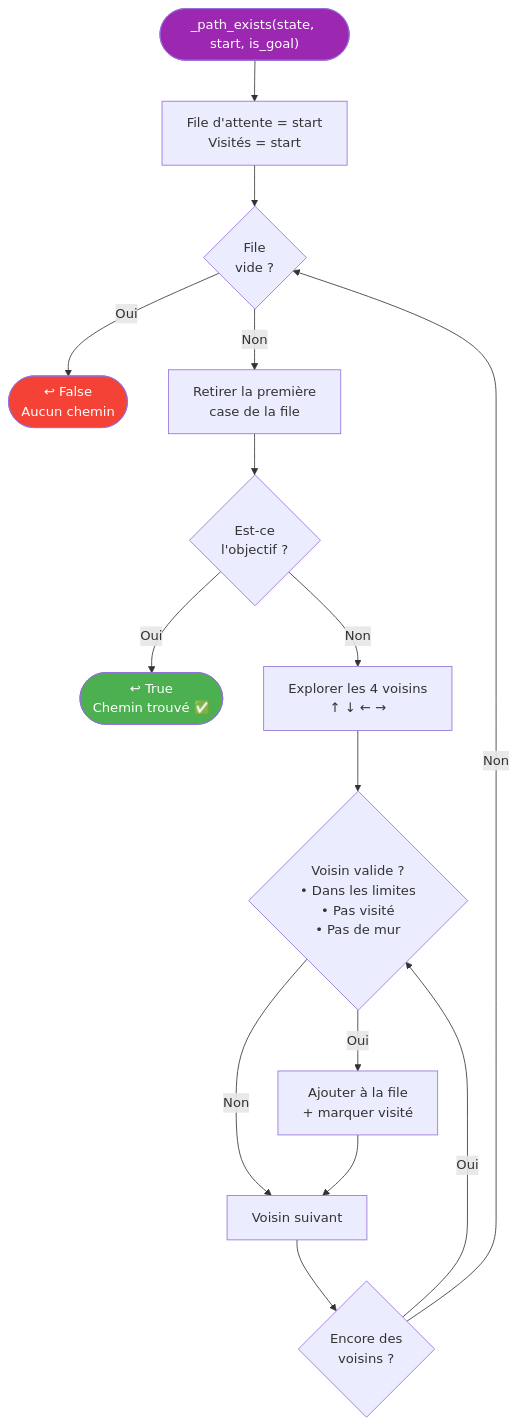
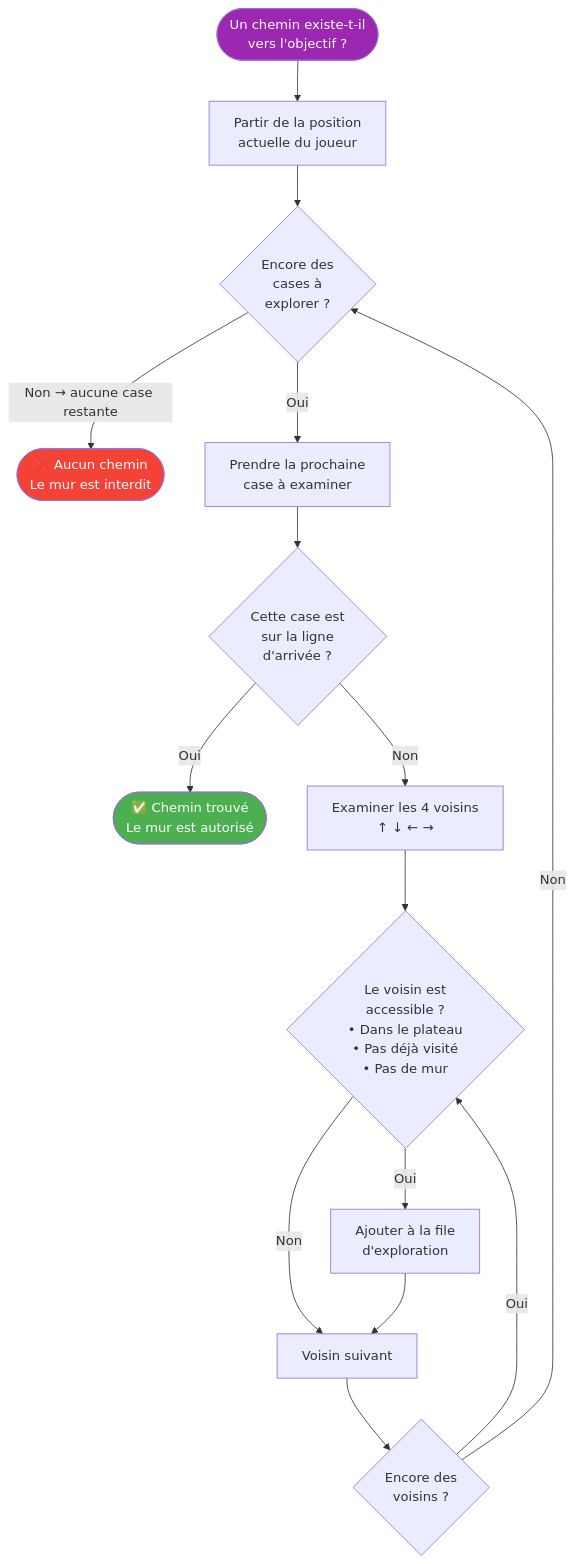
One commit to Silou1/Projet_mecatronique_I3 changed the fifth of 5 diagrams in flowcharts/03_logique_jeu.md. Above: the diagram before and after it, drawn with Mermaid. The commit also changed other lines of this file and 3 other files, not shown here.

Commit message:
docs: simplify flowcharts with plain-language descriptions

````diff
--- a/flowcharts/03_logique_jeu.md
+++ b/flowcharts/03_logique_jeu.md
@@ -141,24 +143,24 @@
 ```mermaid
 flowchart TD
-    BFS_START(["_path_exists(state, start, is_goal)"]) --> INIT["File d'attente = start<br/>Visités = start"]
+    BFS_START(["Un chemin existe-t-il<br/>vers l'objectif ?"]) --> INIT["Partir de la position<br/>actuelle du joueur"]
 
-    INIT --> EMPTY{"File<br/>vide ?"}
-    EMPTY -->|Oui| NO_PATH(["↩ False<br/>Aucun chemin"])
-    EMPTY -->|Non| DEQUEUE["Retirer la première<br/>case de la file"]
+    INIT --> EMPTY{"Encore des<br/>cases à<br/>explorer ?"}
+    EMPTY -->|"Non → aucune case restante"| NO_PATH(["❌ Aucun chemin<br/>Le mur est interdit"])
+    EMPTY -->|Oui| DEQUEUE["Prendre la prochaine<br/>case à examiner"]
 
-    DEQUEUE --> GOAL{"Est-ce<br/>l'objectif ?"}
-    GOAL -->|Oui| FOUND(["↩ True<br/>Chemin trouvé ✅"])
-    GOAL -->|Non| EXPLORE["Explorer les 4 voisins<br/>↑ ↓ ← →"]
+    DEQUEUE --> GOAL{"Cette case est<br/>sur la ligne<br/>d'arrivée ?"}
+    GOAL -->|Oui| FOUND(["✅ Chemin trouvé<br/>Le mur est autorisé"])
+    GOAL -->|Non| EXPLORE["Examiner les 4 voisins<br/>↑ ↓ ← →"]
 
-    EXPLORE --> NEIGHBOR{"Voisin valide ?<br/>• Dans les limites<br/>• Pas visité<br/>• Pas de mur"}
-    NEIGHBOR -->|Oui| ENQUEUE["Ajouter à la file<br/>+ marquer visité"]
+    EXPLORE --> NEIGHBOR{"Le voisin est<br/>accessible ?<br/>• Dans le plateau<br/>• Pas déjà visité<br/>• Pas de mur"}
+    NEIGHBOR -->|Oui| ENQUEUE["Ajouter à la file<br/>d'exploration"]
     NEIGHBOR -->|Non| NEXT_N["Voisin suivant"]
     ENQUEUE --> NEXT_N
     NEXT_N --> MORE_N{"Encore des<br/>voisins ?"}
     MORE_N -->|Oui| NEIGHBOR
     MORE_N -->|Non| EMPTY
 
     style BFS_START fill:#9C27B0,color:#fff
     style FOUND fill:#4CAF50,color:#fff
     style NO_PATH fill:#f44336,color:#fff
 ```
````
